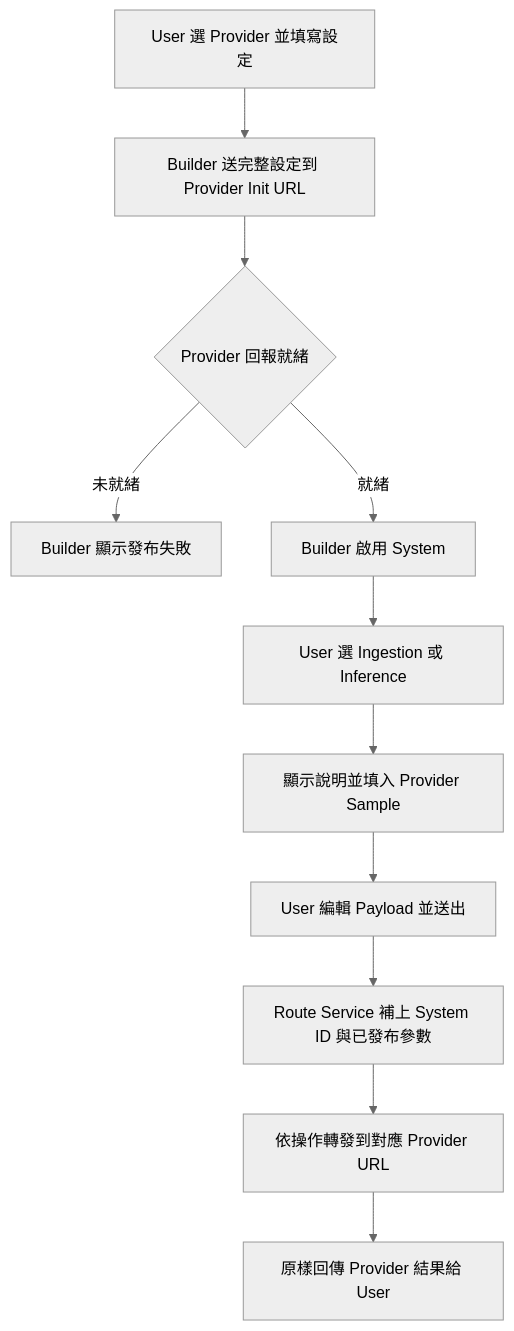
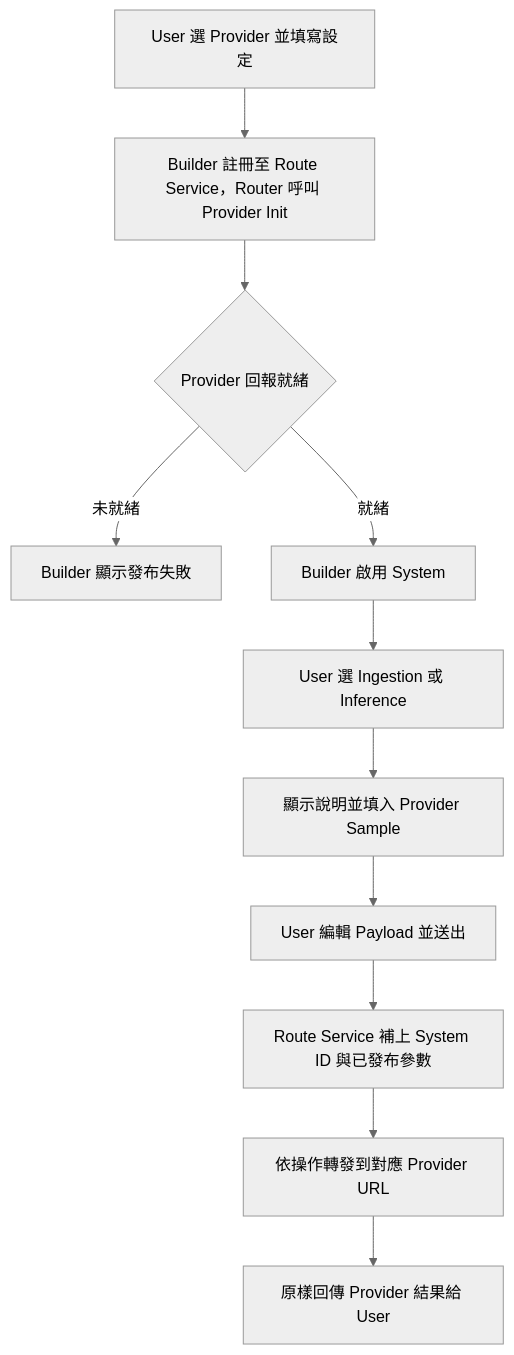
One commit to SunnyWenwen/rag_platform changed the third of 3 diagrams in router_method/architecture.md. Above: the diagram before and after it, drawn with Mermaid (neutral theme). The commit also changed other lines of this file and 10 other files, not shown here.

Commit message:
Serve React Builder from Python and extract standalone Route Service

````diff
--- a/router_method/architecture.md
+++ b/router_method/architecture.md
@@ -20,13 +35,13 @@
 ```mermaid
 flowchart TD
-    U["User 選 Provider 並填寫設定"] --> I["Builder 送完整設定到 Provider Init URL"]
+    U["User 選 Provider 並填寫設定"] --> I["Builder 註冊至 Route Service，Router 呼叫 Provider Init"]
     I --> D{"Provider 回報就緒"}
     D -->|未就緒| E["Builder 顯示發布失敗"]
     D -->|就緒| S["Builder 啟用 System"]
     S --> T["User 選 Ingestion 或 Inference"]
     T --> F["顯示說明並填入 Provider Sample"]
     F --> Q["User 編輯 Payload 並送出"]
     Q --> R["Route Service 補上 System ID 與已發布參數"]
     R --> P["依操作轉發到對應 Provider URL"]
     P --> A["原樣回傳 Provider 結果給 User"]
 ```
````
